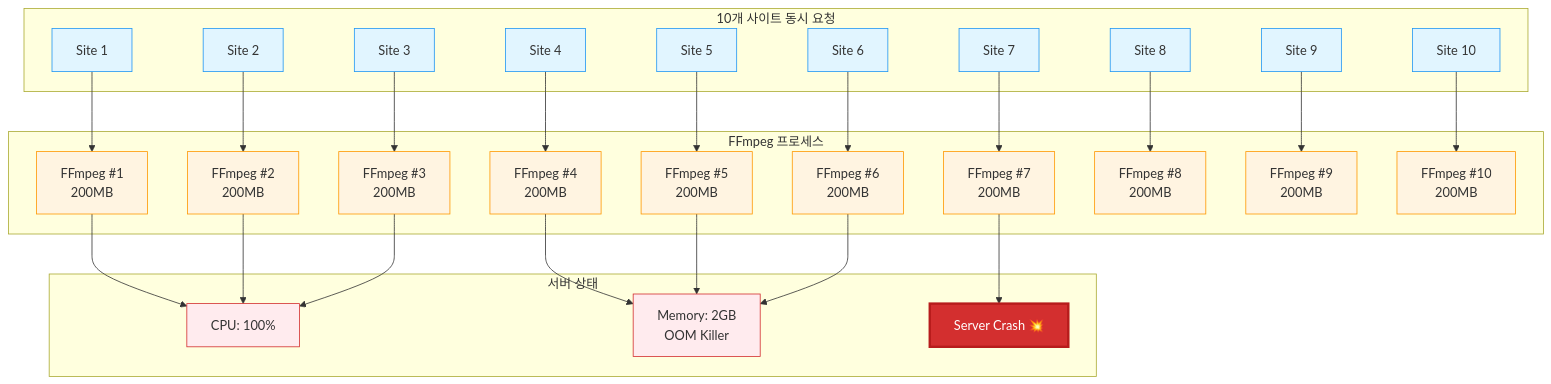
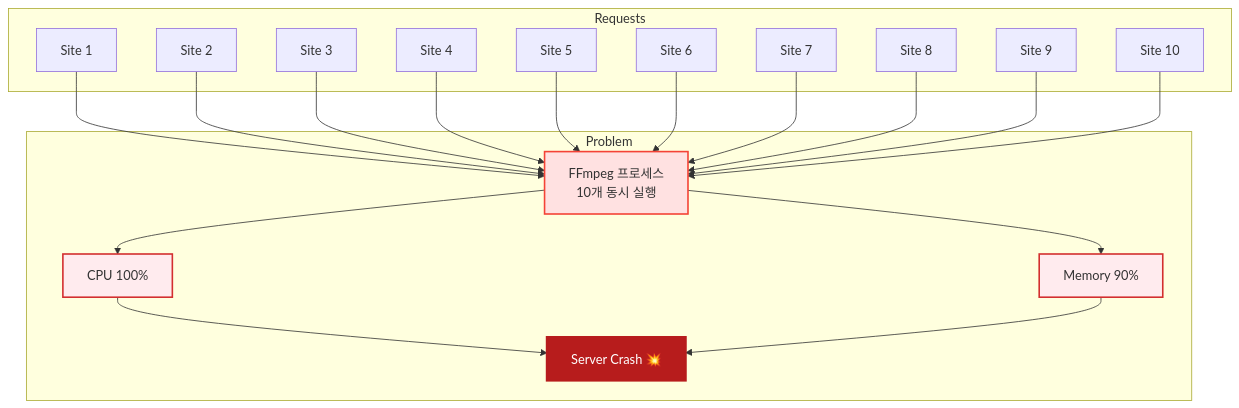
Before and after one commit to 1985jwlee/production-iot-backend: the fifth of 10 diagrams in TECHNICAL_CHALLENGES.md, drawn with Mermaid. The commit also changed other lines of this file and 1 other file, not shown here.

````diff
--- a/TECHNICAL_CHALLENGES.md
+++ b/TECHNICAL_CHALLENGES.md
@@ -347,77 +419,43 @@
 ```mermaid
 graph TB
-    subgraph "10개 사이트 동시 요청"
-        S1[Site 1]
-        S2[Site 2]
-        S3[Site 3]
-        S4[Site 4]
-        S5[Site 5]
-        S6[Site 6]
-        S7[Site 7]
-        S8[Site 8]
-        S9[Site 9]
-        S10[Site 10]
+    subgraph "Requests"
+        R1[Site 1]
+        R2[Site 2]
+        R3[Site 3]
+        R4[Site 4]
+        R5[Site 5]
+        R6[Site 6]
+        R7[Site 7]
+        R8[Site 8]
+        R9[Site 9]
+        R10[Site 10]
     end
     
-    subgraph "FFmpeg 프로세스"
-        F1[FFmpeg #1<br/>200MB]
-        F2[FFmpeg #2<br/>200MB]
-        F3[FFmpeg #3<br/>200MB]
-        F4[FFmpeg #4<br/>200MB]
-        F5[FFmpeg #5<br/>200MB]
-        F6[FFmpeg #6<br/>200MB]
-        F7[FFmpeg #7<br/>200MB]
-        F8[FFmpeg #8<br/>200MB]
-        F9[FFmpeg #9<br/>200MB]
-        F10[FFmpeg #10<br/>200MB]
-    end
-    
-    subgraph "서버 상태"
-        CPU[CPU: 100%]
-        MEM[Memory: 2GB<br/>OOM Killer]
+    subgraph "Problem"
+        FFMPEG[FFmpeg 프로세스<br/>10개 동시 실행]
+        CPU[CPU 100%]
+        MEM[Memory 90%]
         CRASH[Server Crash 💥]
     end
     
-    S1 --> F1
-    S2 --> F2
-    S3 --> F3
-    S4 --> F4
-    S5 --> F5
-    S6 --> F6
-    S7 --> F7
-    S8 --> F8
-    S9 --> F9
-    S10 --> F10
+    R1 --> FFMPEG
+    R2 --> FFMPEG
+    R3 --> FFMPEG
+    R4 --> FFMPEG
+    R5 --> FFMPEG
+    R6 --> FFMPEG
+    R7 --> FFMPEG
+    R8 --> FFMPEG
+    R9 --> FFMPEG
+    R10 --> FFMPEG
     
-    F1 --> CPU
-    F2 --> CPU
-    F3 --> CPU
-    F4 --> MEM
-    F5 --> MEM
-    F6 --> MEM
-    F7 --> CRASH
+    FFMPEG --> CPU
+    FFMPEG --> MEM
+    CPU --> CRASH
+    MEM --> CRASH
     
-    style S1 fill:#e1f5ff,stroke:#2196f3
-    style S2 fill:#e1f5ff,stroke:#2196f3
-    style S3 fill:#e1f5ff,stroke:#2196f3
-    style S4 fill:#e1f5ff,stroke:#2196f3
-    style S5 fill:#e1f5ff,stroke:#2196f3
-    style S6 fill:#e1f5ff,stroke:#2196f3
-    style S7 fill:#e1f5ff,stroke:#2196f3
-    style S8 fill:#e1f5ff,stroke:#2196f3
-    style S9 fill:#e1f5ff,stroke:#2196f3
-    style S10 fill:#e1f5ff,stroke:#2196f3
-    style F1 fill:#fff4e1,stroke:#ff9800
-    style F2 fill:#fff4e1,stroke:#ff9800
-    style F3 fill:#fff4e1,stroke:#ff9800
-    style F4 fill:#fff4e1,stroke:#ff9800
-    style F5 fill:#fff4e1,stroke:#ff9800
-    style F6 fill:#fff4e1,stroke:#ff9800
-    style F7 fill:#fff4e1,stroke:#ff9800
-    style F8 fill:#fff4e1,stroke:#ff9800
-    style F9 fill:#fff4e1,stroke:#ff9800
-    style F10 fill:#fff4e1,stroke:#ff9800
-    style CPU fill:#ffebee,stroke:#d32f2f
-    style MEM fill:#ffebee,stroke:#d32f2f
-    style CRASH fill:#d32f2f,stroke:#b71c1c,stroke-width:3px,color:#fff
+    style FFMPEG fill:#ffe1e1,stroke:#f44336,stroke-width:2px
+    style CPU fill:#ffebee,stroke:#d32f2f,stroke-width:2px
+    style MEM fill:#ffebee,stroke:#d32f2f,stroke-width:2px
+    style CRASH fill:#b71c1c,stroke:#b71c1c,color:#fff,stroke-width:3px
 ```
````
